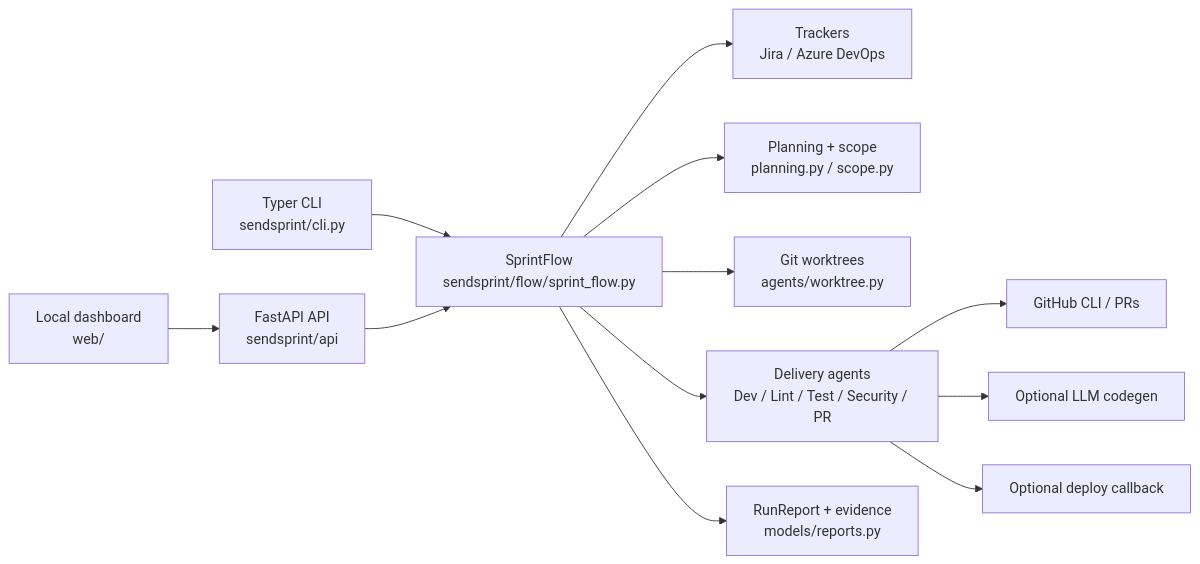
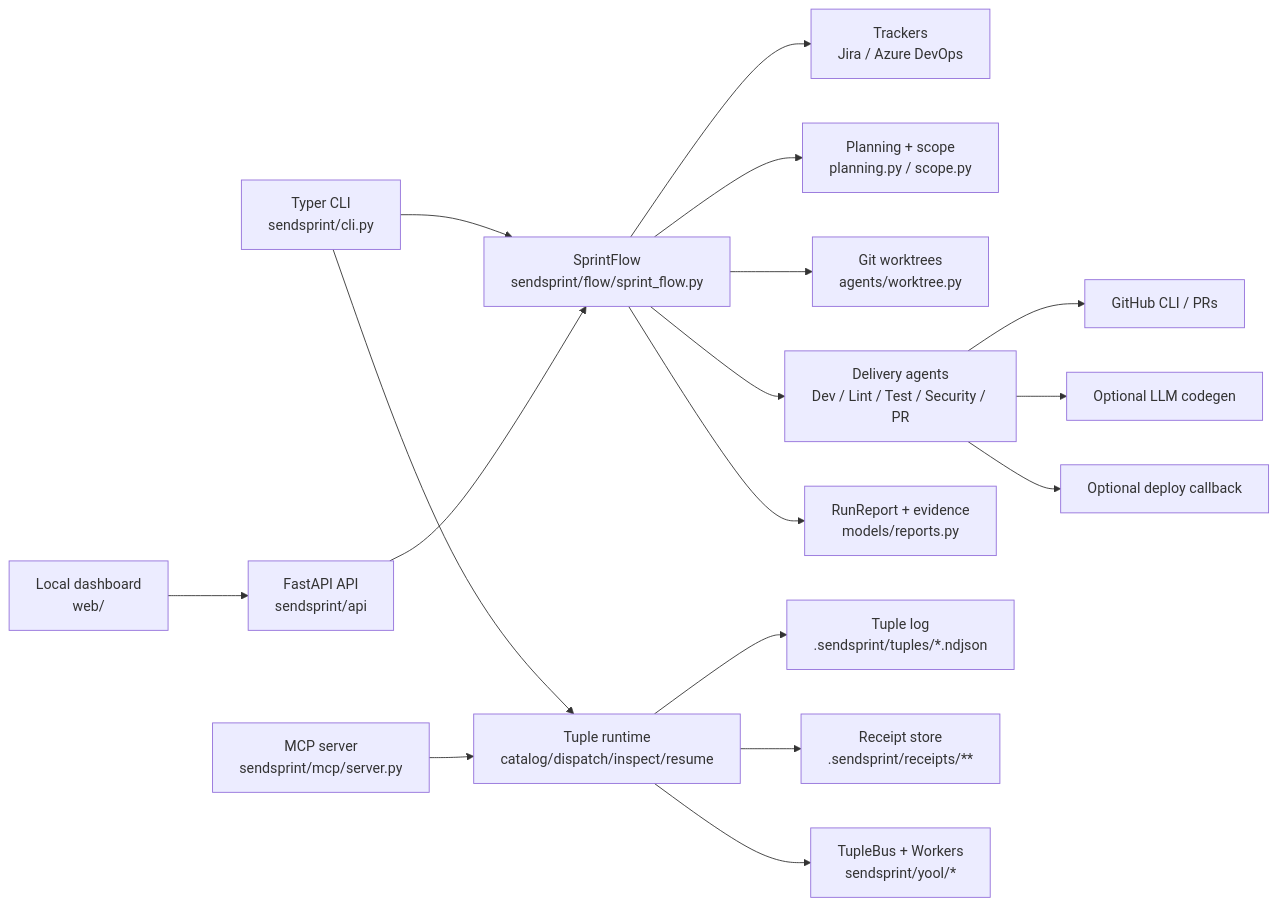
One commit to wesleysimplicio/simplicio-sprint changed the diagram in ARCHITECTURE.md. Above: the diagram before and after it, drawn with Mermaid. The commit also changed other lines of this file and 16 other files, not shown here.

Commit message:
feat: add yool runtime inspect and dispatch surfaces

````diff
--- a/ARCHITECTURE.md
+++ b/ARCHITECTURE.md
@@ -10,14 +10,19 @@
 ```mermaid
 flowchart LR
   CLI["Typer CLI\nsendsprint/cli.py"] --> Flow["SprintFlow\nsendsprint/flow/sprint_flow.py"]
+  CLI --> Yool["Tuple runtime\ncatalog/dispatch/inspect/resume"]
   API["FastAPI API\nsendsprint/api"] --> Flow
+  MCP["MCP server\nsendsprint/mcp/server.py"] --> Yool
   Web["Local dashboard\nweb/"] --> API
   Flow --> Operators["Trackers\nJira / Azure DevOps"]
   Flow --> Planning["Planning + scope\nplanning.py / scope.py"]
   Flow --> Worktree["Git worktrees\nagents/worktree.py"]
   Flow --> Agents["Delivery agents\nDev / Lint / Test / Security / PR"]
   Flow --> Reports["RunReport + evidence\nmodels/reports.py"]
+  Yool --> TupleLog["Tuple log\n.sendsprint/tuples/*.ndjson"]
+  Yool --> Receipts["Receipt store\n.sendsprint/receipts/**"]
+  Yool --> Bus["TupleBus + Workers\nsendsprint/yool/*"]
   Agents --> GitHub["GitHub CLI / PRs"]
   Agents --> LLM["Optional LLM codegen"]
   Agents --> Deploy["Optional deploy callback"]
 ```
````
